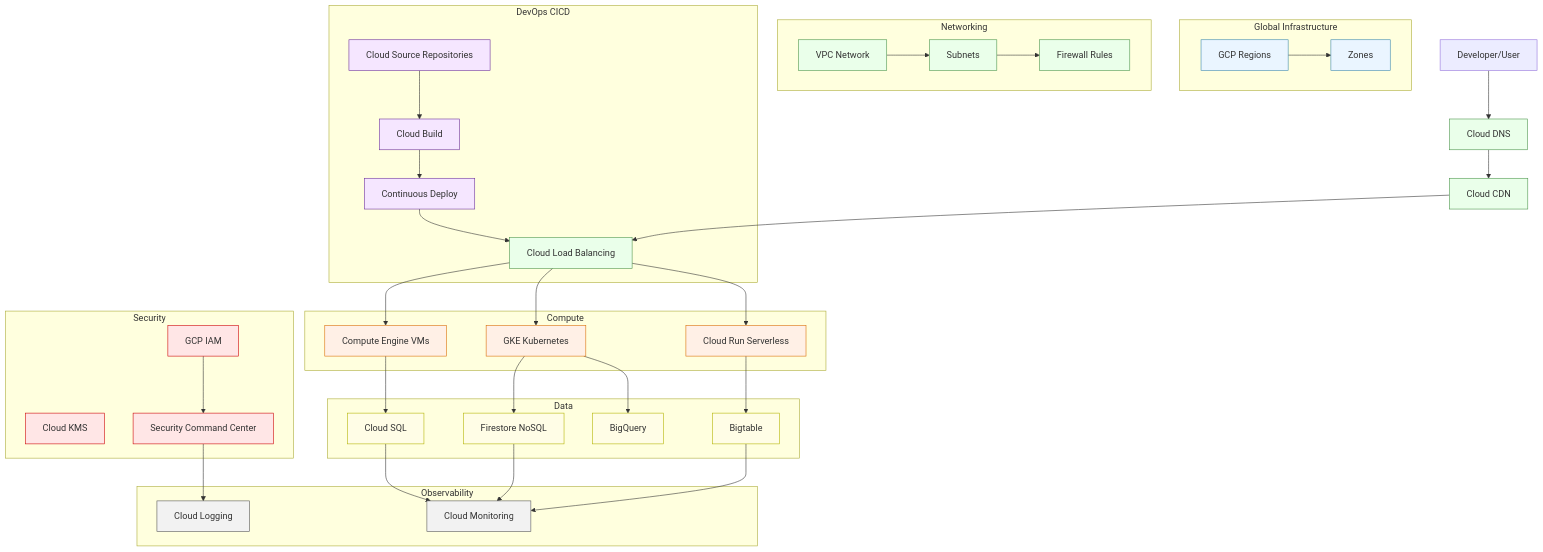
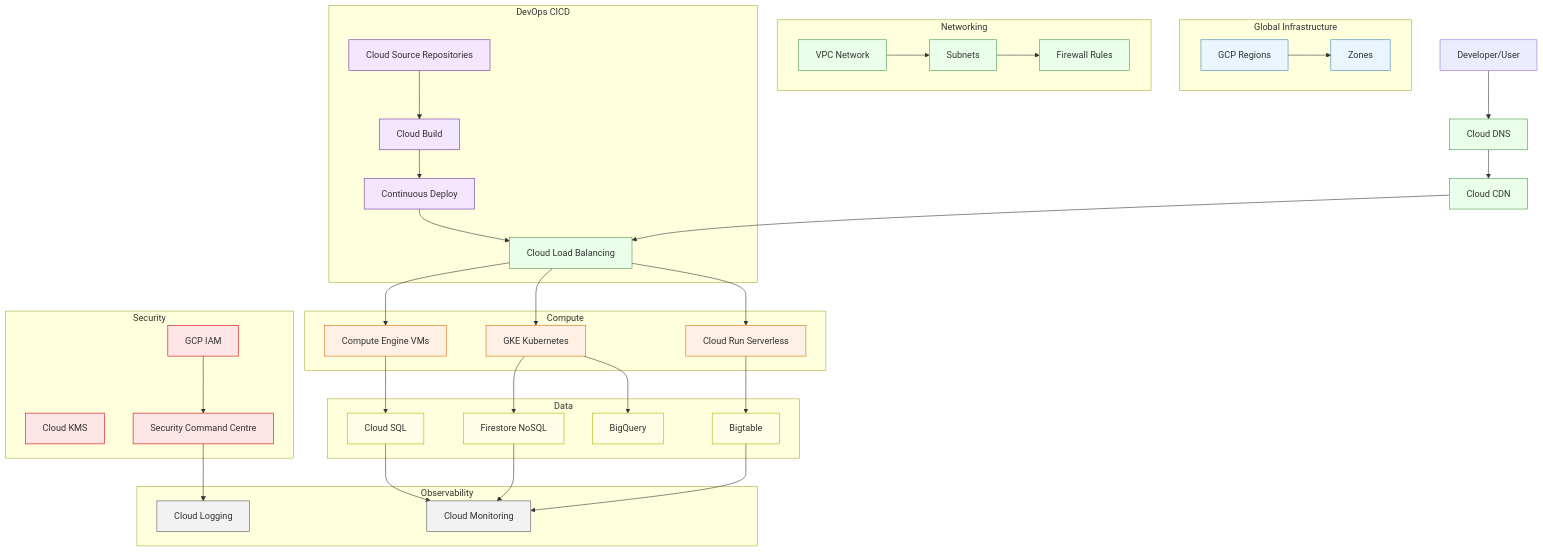
Before and after one commit to cassmastern/lers-sandbox: the second of 3 diagrams in docs/aws-gcp-azure.md, drawn with Mermaid. The commit also changed other lines of this file and 14 other files, not shown here.

Commit message:
added IBM-SanFran, beefed up network & security topics, canadianized centre and colour

````diff
--- a/docs/aws-gcp-azure.md
+++ b/docs/aws-gcp-azure.md
@@ -128,68 +128,68 @@
 ```mermaid
 graph TD
     subgraph GlobalInfra["Global Infrastructure"]
         GR1[GCP Regions]:::global --> GR2[Zones]:::global
     end
     
     subgraph NetworkLayer["Networking"]
         VPC[VPC Network]:::net --> Subnet1[Subnets]:::net
         Subnet1 --> Firewall[Firewall Rules]:::net
     end
     
     User[Developer/User] --> CloudDNS[Cloud DNS]:::net
     CloudDNS --> CloudCDN[Cloud CDN]:::net
     CloudCDN --> LoadBalancer[Cloud Load Balancing]:::net
     
     subgraph ComputeLayer["Compute"]
         Compute[Compute Engine VMs]:::compute
         GKE[GKE Kubernetes]:::compute
         CloudRun[Cloud Run Serverless]:::compute
     end
     
     LoadBalancer --> Compute
     LoadBalancer --> GKE
     LoadBalancer --> CloudRun
     
     subgraph DataLayer["Data"]
         CloudSQL[Cloud SQL]:::data
         Firestore[Firestore NoSQL]:::data
         Bigtable[Bigtable]:::data
         BigQuery[BigQuery]:::data
     end
     
     Compute --> CloudSQL
     GKE --> Firestore
     CloudRun --> Bigtable
     GKE --> BigQuery
     
     subgraph DevOpsLayer["DevOps CICD"]
         SourceRepo[Cloud Source Repositories]:::devops --> CloudBuild[Cloud Build]:::devops
         CloudBuild --> Deploy[Continuous Deploy]:::devops
         Deploy --> LoadBalancer
     end
     
     subgraph SecurityLayer["Security"]
         IAM[GCP IAM]:::sec
         KMS[Cloud KMS]:::sec
-        SCC[Security Command Center]:::sec
+        SCC[Security Command Centre]:::sec
     end
     
     subgraph ObservabilityLayer["Observability"]
         Monitoring[Cloud Monitoring]:::obs
         Logging[Cloud Logging]:::obs
     end
     
     CloudSQL --> Monitoring
     Firestore --> Monitoring
     Bigtable --> Monitoring
     IAM --> SCC
     SCC --> Logging
     
     classDef global fill:#eaf5ff,stroke:#3a87ad
     classDef net fill:#eaffea,stroke:#4a934a
     classDef compute fill:#fff0e6,stroke:#d96c00
     classDef data fill:#fffde6,stroke:#b3b300
     classDef devops fill:#f5e6ff,stroke:#6b2f99
     classDef sec fill:#ffe6e6,stroke:#cc0000
     classDef obs fill:#f2f2f2,stroke:#555
 ```
````
